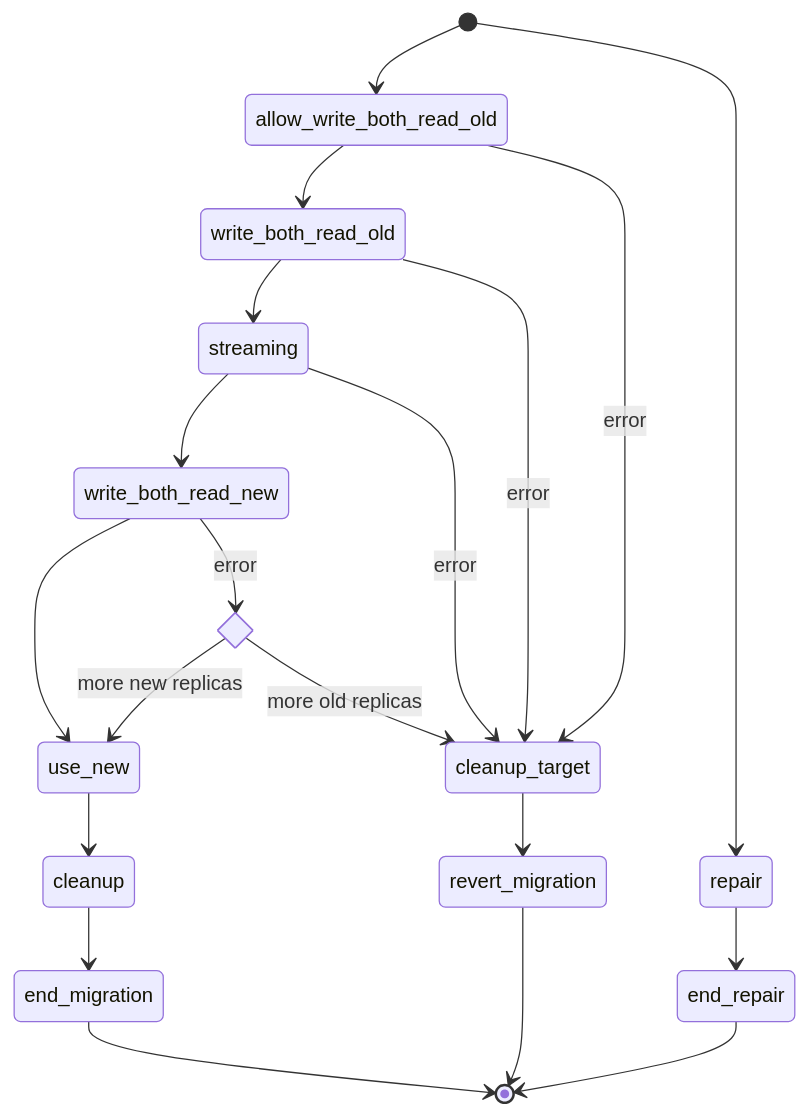
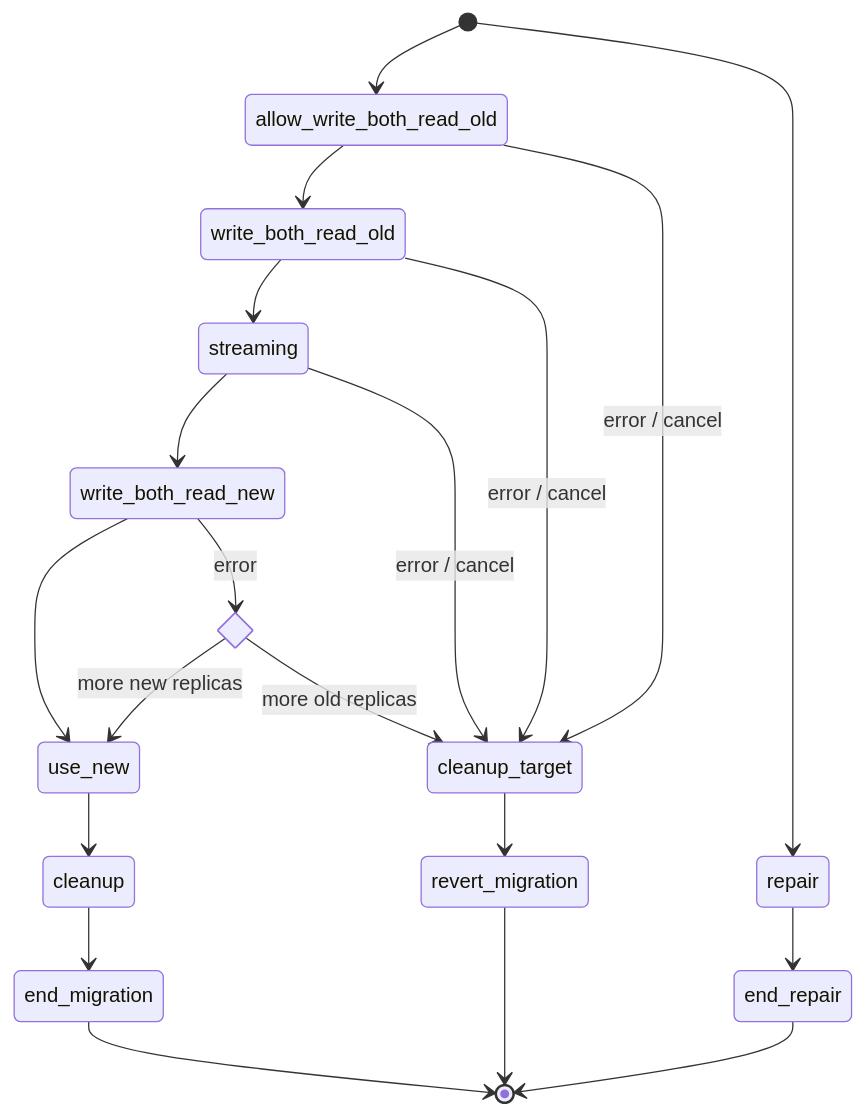
Before and after one commit to scylladb/scylladb: the second of 4 diagrams in docs/dev/topology-over-raft.md, drawn with Mermaid. The commit also changed other lines of this file and 1 other file, not shown here.

````diff
--- a/docs/dev/topology-over-raft.md
+++ b/docs/dev/topology-over-raft.md
@@ -348,23 +348,23 @@
 ```mermaid
 stateDiagram-v2
     state if_state <<choice>>
     [*] --> allow_write_both_read_old
     allow_write_both_read_old --> write_both_read_old
     write_both_read_old --> streaming
     streaming --> write_both_read_new
     write_both_read_new --> use_new
     use_new --> cleanup
     cleanup --> end_migration
     end_migration --> [*]
     [*] --> repair
     repair --> end_repair
     end_repair --> [*]
-    allow_write_both_read_old --> cleanup_target: error
-    write_both_read_old --> cleanup_target: error
-    streaming --> cleanup_target: error
+    allow_write_both_read_old --> cleanup_target: error / cancel
+    write_both_read_old --> cleanup_target: error / cancel
+    streaming --> cleanup_target: error / cancel
     write_both_read_new --> if_state: error
     if_state --> use_new: more new replicas
     if_state --> cleanup_target: more old replicas
     cleanup_target --> revert_migration
     revert_migration --> [*]
 ```
````
